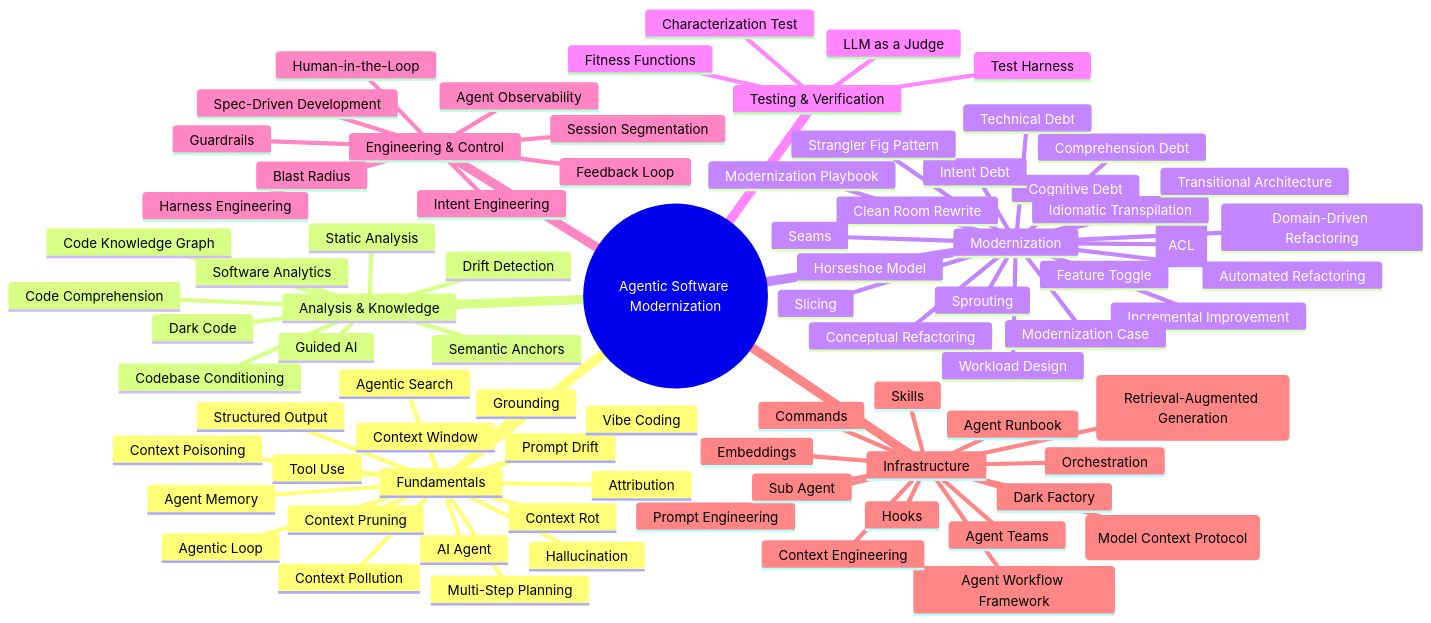
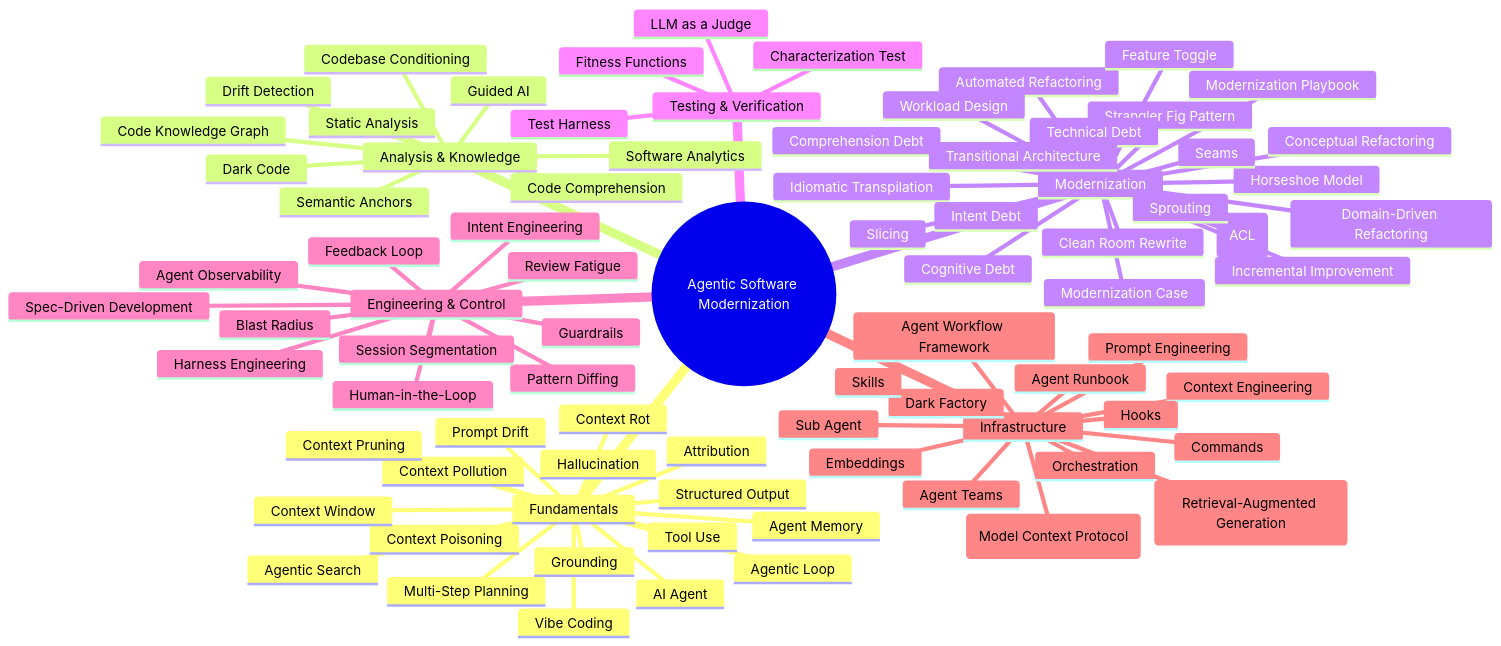
Before and after one commit to feststelltaste/asm-glossary: the sixth of 6 diagrams in docs/concept-maps.md, drawn with Mermaid. The commit also changed 12 other files, not shown here.

First line of the commit message:
Add glossary terms: Review Fatigue, Pattern Diffing

```diff
--- a/docs/concept-maps.md
+++ b/docs/concept-maps.md
@@ -245,6 +245,8 @@
       Harness Engineering
       Human-in-the-Loop
       Intent Engineering
+      Pattern Diffing
+      Review Fatigue
       Session Segmentation
       Spec-Driven Development
     Infrastructure
```
